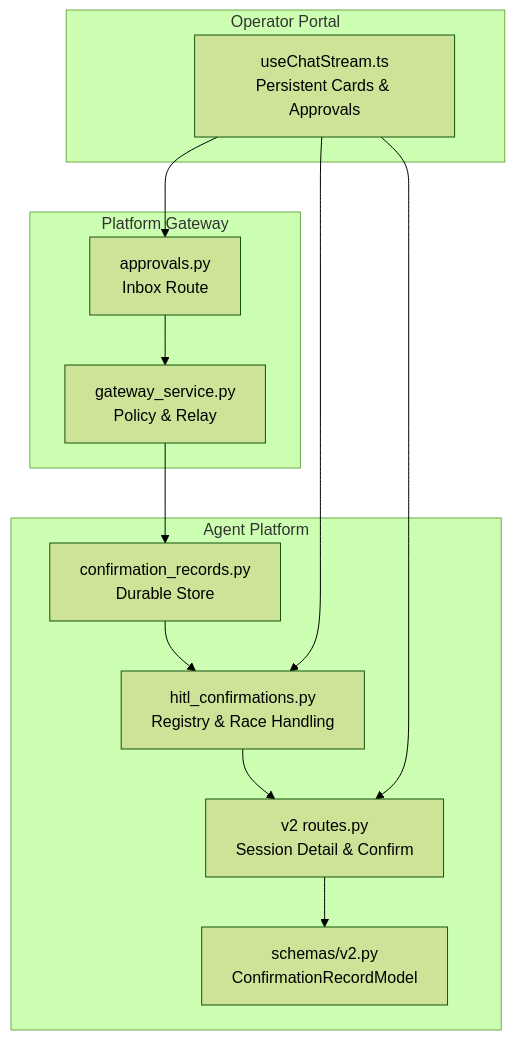
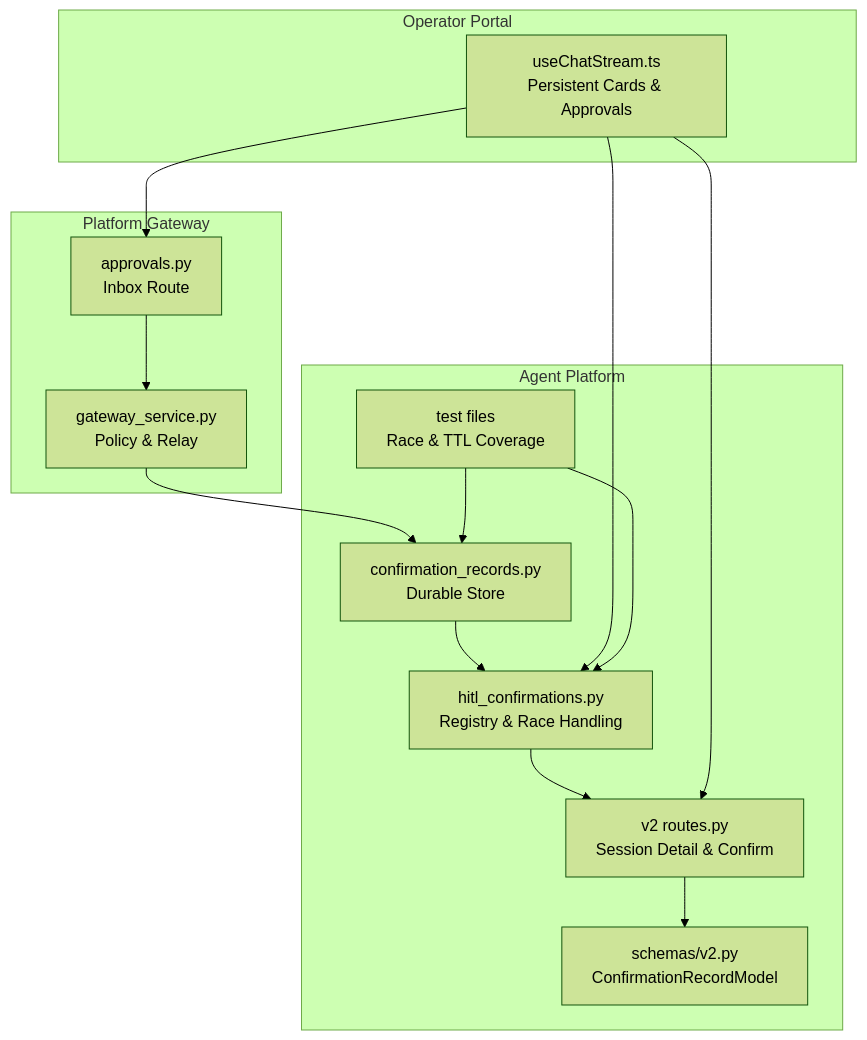
The first of 7 diagrams in .qoder/repowiki/en/content/Architecture Documentation/SPEC-031_ Approval Inbox and Persistent Confirmation Cards.md (metasync/luban-aiops), drawn with Mermaid (forest theme) before and after one commit. The commit also changed other lines of this file and 6 other files, not shown here.

````diff
--- a/.qoder/repowiki/en/content/Architecture Documentation/SPEC-031_ Approval Inbox and Persistent Confirmation Cards.md
+++ b/.qoder/repowiki/en/content/Architecture Documentation/SPEC-031_ Approval Inbox and Persistent Confirmation Cards.md
@@ -49,24 +50,27 @@
 ```mermaid
 graph TB
 subgraph "Agent Platform"
 CR["confirmation_records.py<br/>Durable Store"]
 HITL["hitl_confirmations.py<br/>Registry & Race Handling"]
 V2["v2 routes.py<br/>Session Detail & Confirm"]
 SCHEMA["schemas/v2.py<br/>ConfirmationRecordModel"]
+TESTS["test files<br/>Race & TTL Coverage"]
 end
 subgraph "Platform Gateway"
 APPR["approvals.py<br/>Inbox Route"]
 GSVC["gateway_service.py<br/>Policy & Relay"]
 end
 subgraph "Operator Portal"
 STREAM["useChatStream.ts<br/>Persistent Cards & Approvals"]
 end
 CR --> HITL
 HITL --> V2
 V2 --> SCHEMA
 APPR --> GSVC
 GSVC --> CR
 STREAM --> APPR
 STREAM --> V2
 STREAM --> HITL
+TESTS --> CR
+TESTS --> HITL
 ```
````
